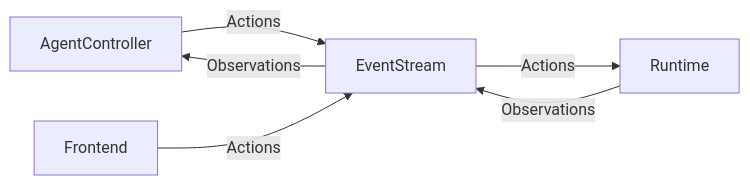
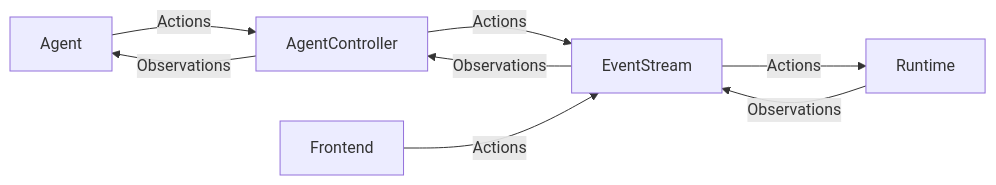
One commit to All-Hands-AI/OpenHands changed the diagram in opendevin/README.md. Above: the diagram before and after it, drawn with Mermaid.

Commit message:
add agent

````diff
--- a/opendevin/README.md
+++ b/opendevin/README.md
@@ -23,8 +23,10 @@
 ```mermaid
 flowchart LR
+  Agent--Actions-->AgentController
+  AgentController--Observations-->Agent
   AgentController--Actions-->EventStream
   EventStream--Observations-->AgentController
   Runtime--Observations-->EventStream
   EventStream--Actions-->Runtime
   Frontend--Actions-->EventStream
 ```
````
